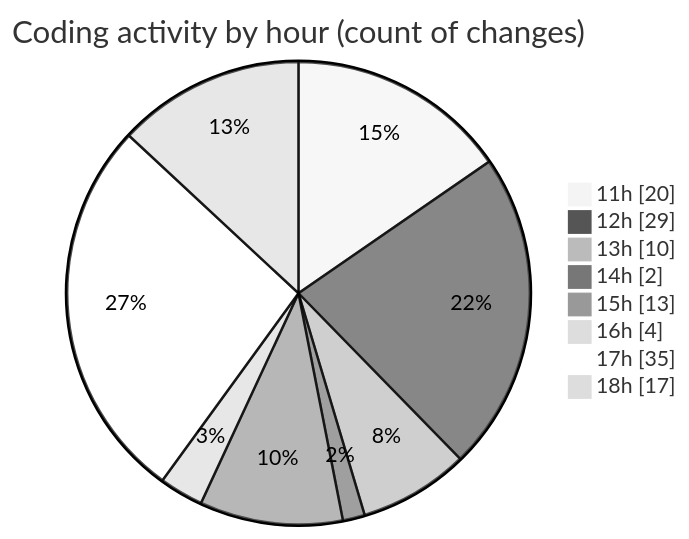
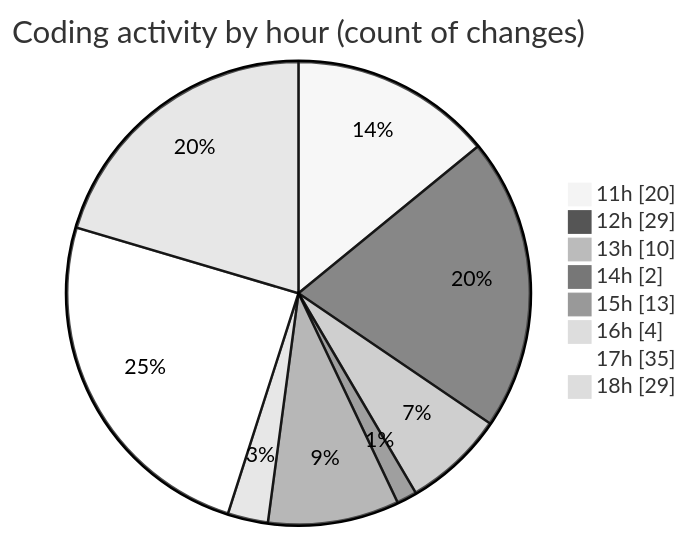
Before and after one commit to nxtqubesakshisongat/code-tracking: the second of 2 diagrams in 2025-12-11/nxtqube_webapp/README.md, drawn with Mermaid (neutral theme). The commit also changed other lines of this file and 1 other file, not shown here.

````diff
--- a/2025-12-11/nxtqube_webapp/README.md
+++ b/2025-12-11/nxtqube_webapp/README.md
@@ -42,12 +42,12 @@
 ```mermaid
 pie showData
 title Coding activity by hour (count of changes)
 "11h" : 20
 "12h" : 29
 "13h" : 10
 "14h" : 2
 "15h" : 13
 "16h" : 4
 "17h" : 35
-"18h" : 17
+"18h" : 29
 ```
````
